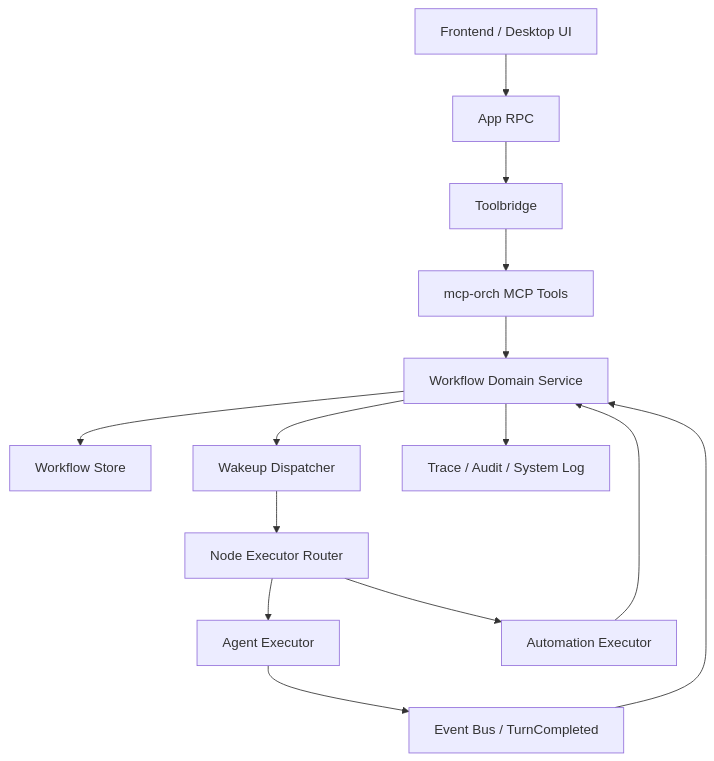
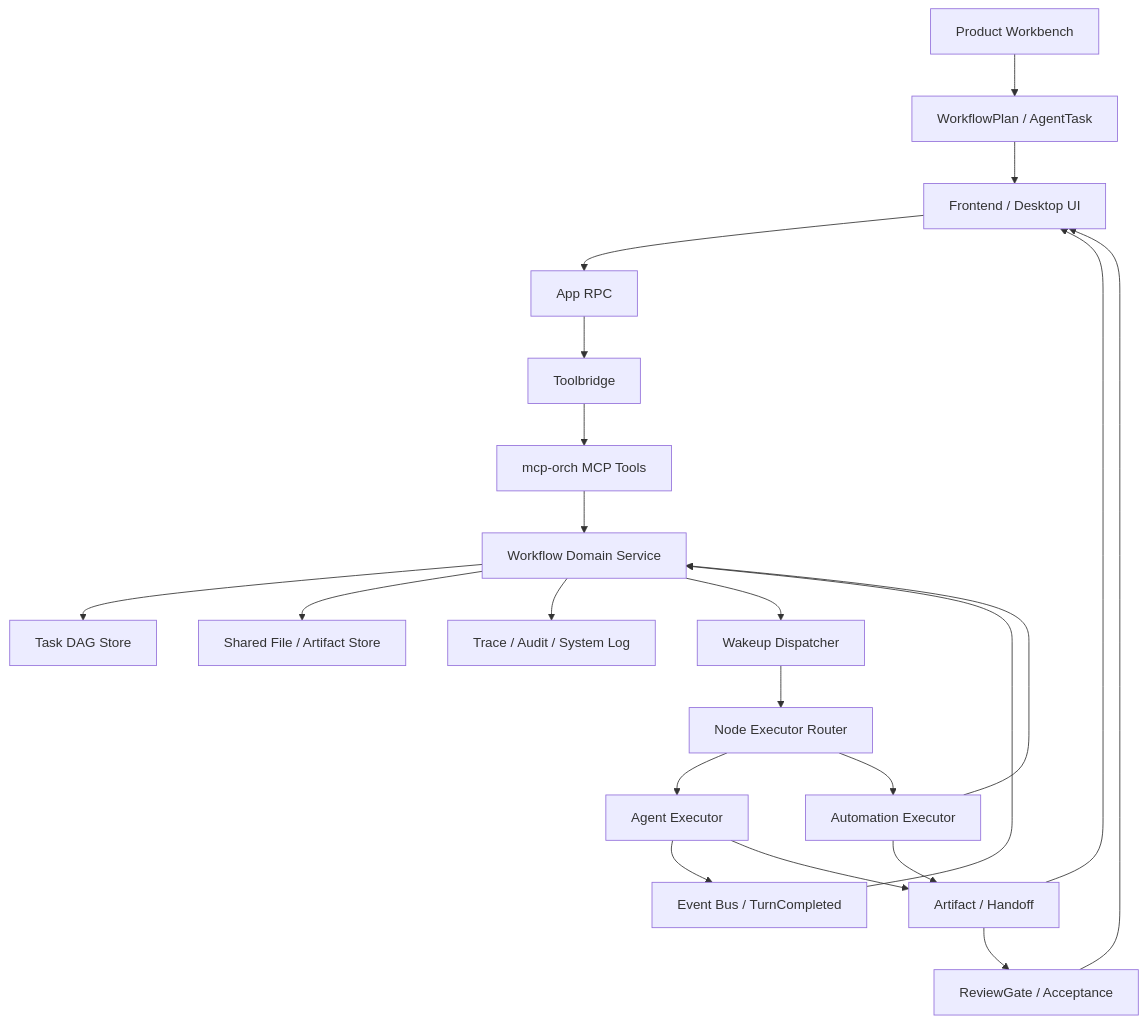
One commit to lihah111222333-cloud/Super-Dolphin-Agent-Cockpit changed the diagram in docs/ai01-docs/工作流/workflow-runtime-architecture-design-2026-06-22.md. Above: the diagram before and after it, drawn with Mermaid. The commit also changed other lines of this file, not shown here.

````diff
--- a/docs/ai01-docs/工作流/workflow-runtime-architecture-design-2026-06-22.md
+++ b/docs/ai01-docs/工作流/workflow-runtime-architecture-design-2026-06-22.md
@@ -189,29 +285,42 @@
 ```mermaid
 flowchart TD
+    Workbench["Product Workbench"]
+    Plan["WorkflowPlan / AgentTask"]
+    Review["ReviewGate / Acceptance"]
+    Artifact["Artifact / Handoff"]
     UI["Frontend / Desktop UI"]
     RPC["App RPC"]
     Toolbridge["Toolbridge"]
     MCP["mcp-orch MCP Tools"]
     Domain["Workflow Domain Service"]
-    Store["Workflow Store"]
+    Store["Task DAG Store"]
+    SharedStore["Shared File / Artifact Store"]
     Dispatcher["Wakeup Dispatcher"]
     Executor["Node Executor Router"]
     Agent["Agent Executor"]
     Automation["Automation Executor"]
     Bus["Event Bus / TurnCompleted"]
     Trace["Trace / Audit / System Log"]
 
+    Workbench --> Plan
+    Plan --> UI
+    Review --> UI
+    Artifact --> UI
     UI --> RPC
     RPC --> Toolbridge
     Toolbridge --> MCP
     MCP --> Domain
     Domain --> Store
+    Domain --> SharedStore
     Domain --> Trace
     Domain --> Dispatcher
     Dispatcher --> Executor
     Executor --> Agent
     Executor --> Automation
     Agent --> Bus
     Automation --> Domain
     Bus --> Domain
+    Agent --> Artifact
+    Automation --> Artifact
+    Artifact --> Review
 ```
````
